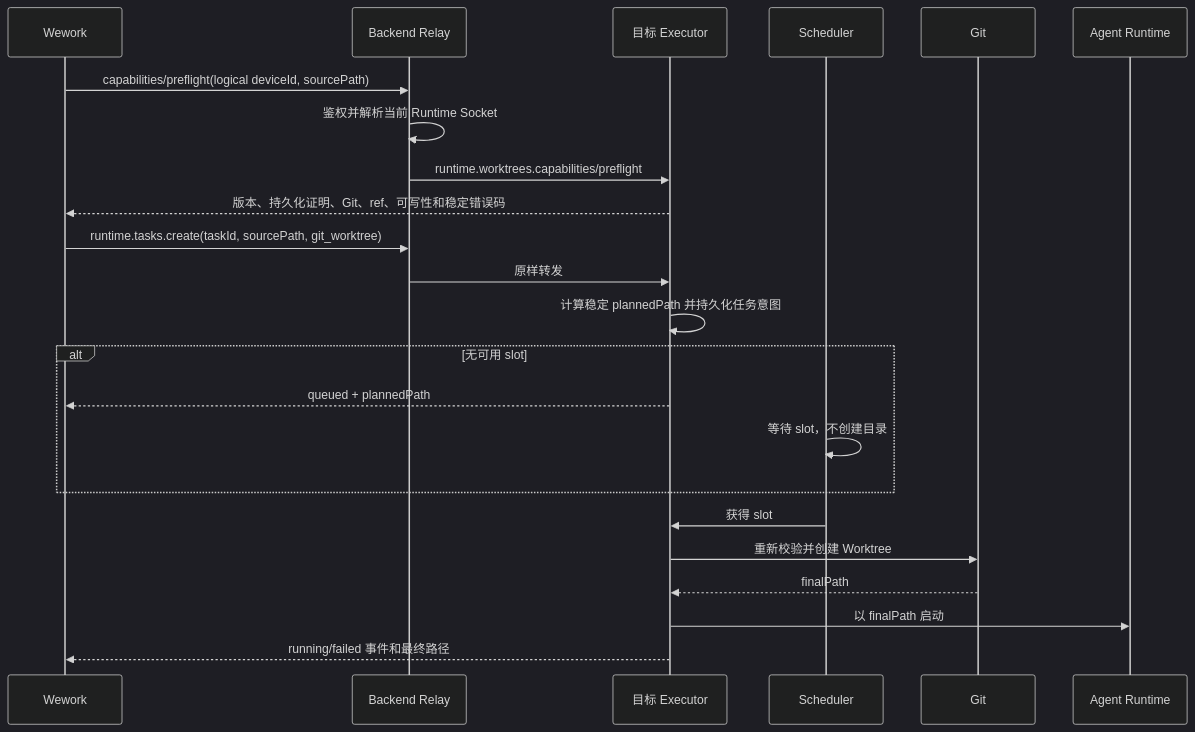
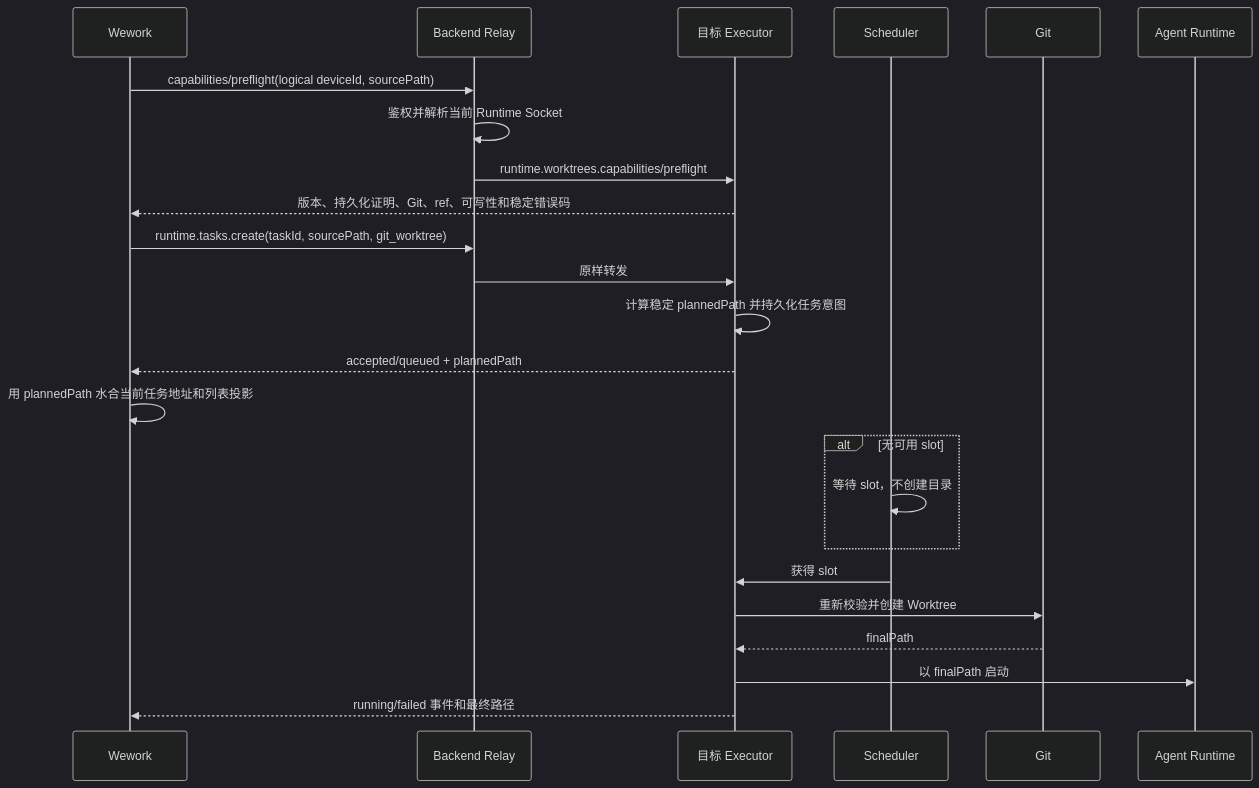
Before and after one commit to wecode-ai/wegent-docs: the second of 3 diagrams in i18n/zh/docusaurus-plugin-content-docs/current/architecture/git-worktree-execution.md, drawn with Mermaid (dark theme). The commit also changed other lines of this file and 3 other files, not shown here.

````diff
--- a/i18n/zh/docusaurus-plugin-content-docs/current/architecture/git-worktree-execution.md
+++ b/i18n/zh/docusaurus-plugin-content-docs/current/architecture/git-worktree-execution.md
@@ -40,26 +40,27 @@
 ```mermaid
 sequenceDiagram
     participant U as Wework
     participant B as Backend Relay
     participant E as 目标 Executor
     participant S as Scheduler
     participant G as Git
     participant R as Agent Runtime
 
     U->>B: capabilities/preflight(logical deviceId, sourcePath)
     B->>B: 鉴权并解析当前 Runtime Socket
     B->>E: runtime.worktrees.capabilities/preflight
     E-->>U: 版本、持久化证明、Git、ref、可写性和稳定错误码
     U->>B: runtime.tasks.create(taskId, sourcePath, git_worktree)
     B->>E: 原样转发
     E->>E: 计算稳定 plannedPath 并持久化任务意图
+    E-->>U: accepted/queued + plannedPath
+    U->>U: 用 plannedPath 水合当前任务地址和列表投影
     alt 无可用 slot
-        E-->>U: queued + plannedPath
         S->>S: 等待 slot，不创建目录
     end
     S->>E: 获得 slot
     E->>G: 重新校验并创建 Worktree
     G-->>E: finalPath
     E->>R: 以 finalPath 启动
     E-->>U: running/failed 事件和最终路径
 ```
````
